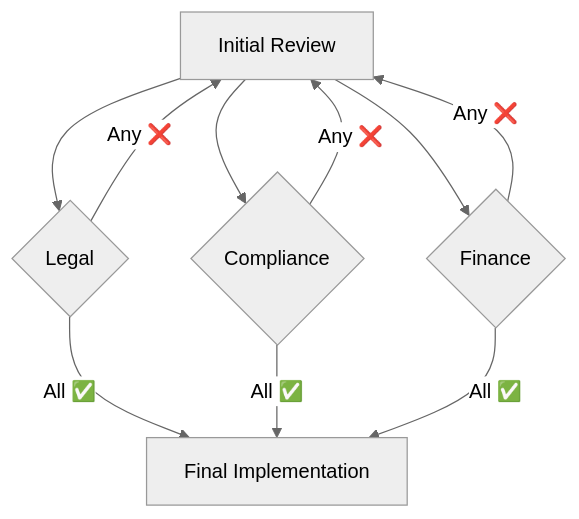
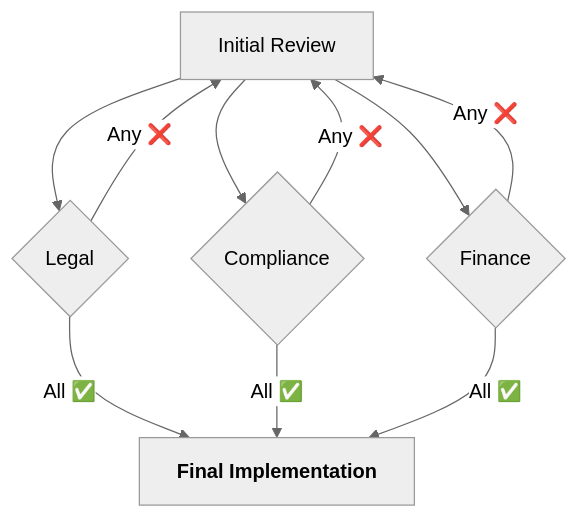
One commit to tallyfy/documentation changed the second of 3 diagrams in src/content/docs/pro/documenting/templates/automations/examples/multi-level-approval-loops.mdx. Above: the diagram before and after it, drawn with Mermaid (neutral theme). The commit also changed other lines of this file and 22 other files, not shown here.

Commit message:
Adding changes to Mermaid

````diff
--- a/src/content/docs/pro/documenting/templates/automations/examples/multi-level-approval-loops.mdx
+++ b/src/content/docs/pro/documenting/templates/automations/examples/multi-level-approval-loops.mdx
@@ -114,12 +114,12 @@
 ```mermaid
 flowchart TD
     Initial[Initial Review] --> Legal{Legal}
     Initial --> Compliance{Compliance}
     Initial --> Finance{Finance}
     
-    Legal & Compliance & Finance -->|All ✅| Final[Final Implementation]
-    Legal & Compliance & Finance -->|Any ❌| Initial
+    Legal & Compliance & Finance -->|"`All ✅`"| Final["`**Final Implementation**`"]
+    Legal & Compliance & Finance -->|"`Any ❌`"| Initial
     
     click Legal "/products/pro/documenting/templates/automations/actions/visibility-actions/" "Learn about parallel visibility rules"
     click Final "/products/pro/documenting/templates/automations/conditions/" "Learn about AND conditions for synchronization"
 ```
````
